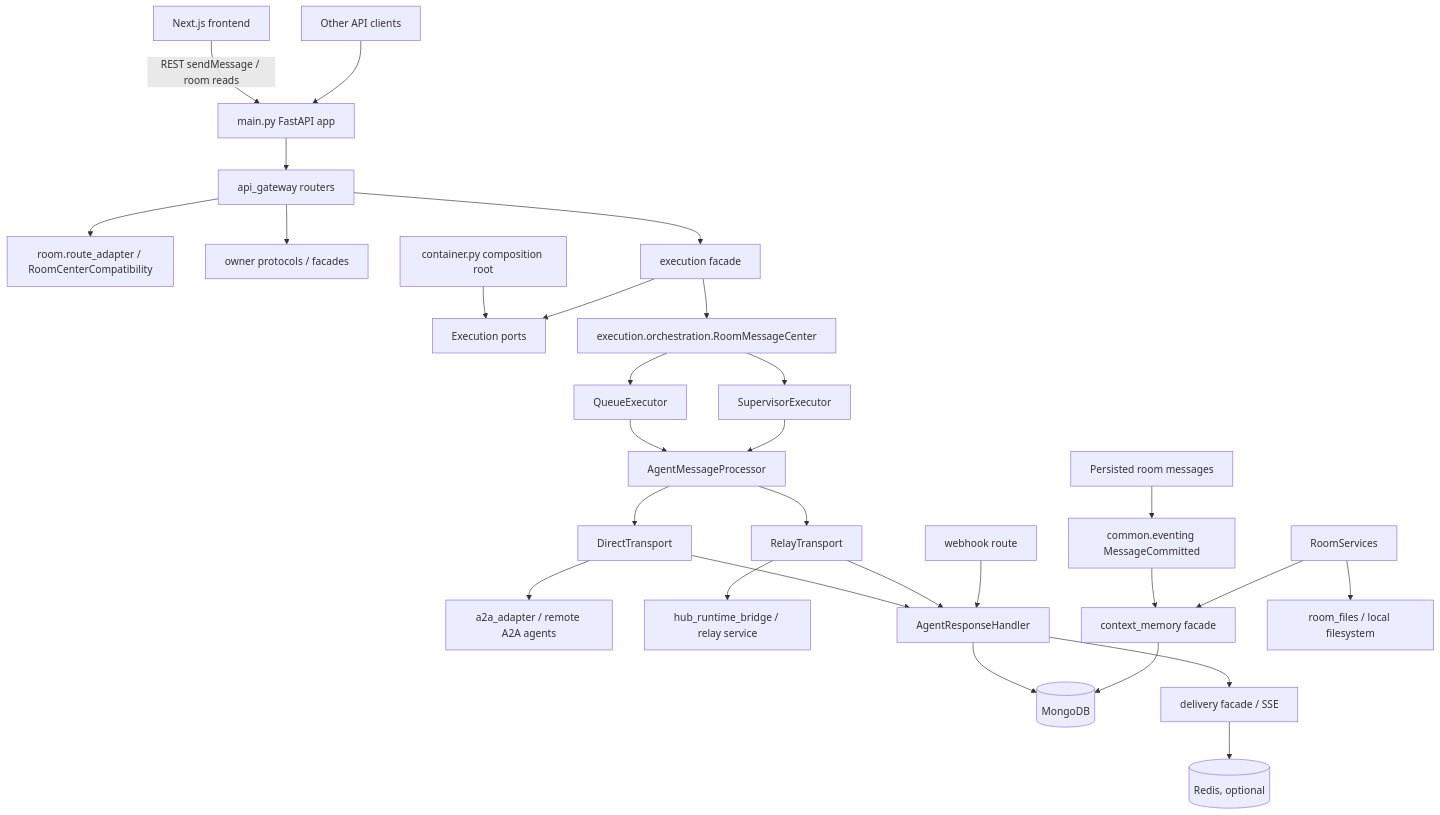
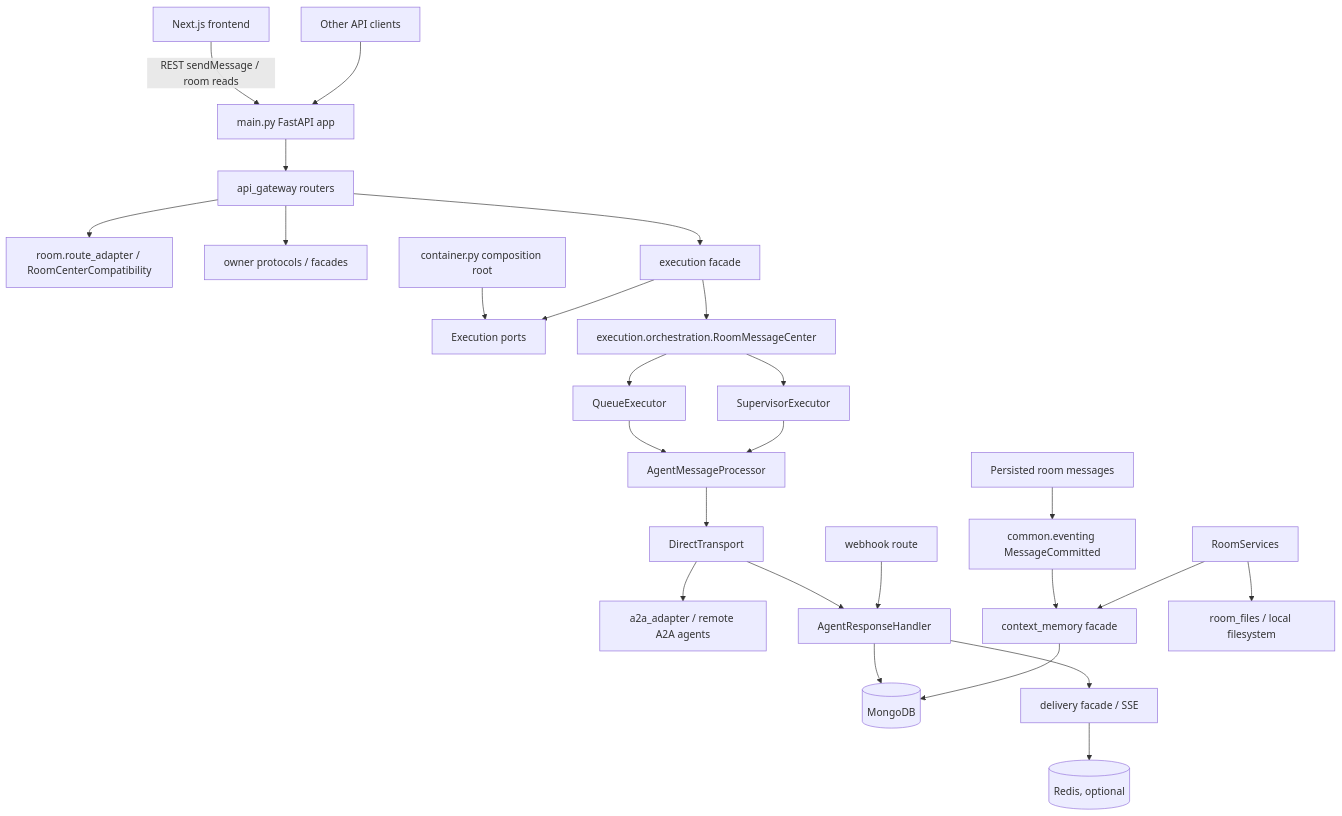
One commit to JeromeOvO/hybro changed the diagram in backend/docs/System-Architecture.md. Above: the diagram before and after it, drawn with Mermaid. The commit also changed other lines of this file and 101 other files, not shown here.

````diff
--- a/backend/docs/System-Architecture.md
+++ b/backend/docs/System-Architecture.md
@@ -142,35 +141,31 @@
 ```mermaid
 flowchart TD
     Frontend[Next.js frontend] -->|REST sendMessage / room reads| FastAPI[main.py FastAPI app]
     APIClient[Other API clients] --> FastAPI
     FastAPI --> APIGateway[api_gateway routers]
     APIGateway --> RoomRoutes[room.route_adapter / RoomCenterCompatibility]
     APIGateway --> OwnerPorts[owner protocols / facades]
     APIGateway --> Execution[execution facade]
 
     Container[container.py composition root] --> ExecutionPorts[Execution ports]
     Execution --> ExecutionPorts
     Execution --> RoomMessageCenter[execution.orchestration.RoomMessageCenter]
     RoomMessageCenter --> QueueExecutor[QueueExecutor]
     RoomMessageCenter --> SupervisorExecutor[SupervisorExecutor]
     QueueExecutor --> AgentMessageProcessor[AgentMessageProcessor]
     SupervisorExecutor --> AgentMessageProcessor
 
     AgentMessageProcessor --> DirectTransport[DirectTransport]
-    AgentMessageProcessor --> RelayTransport[RelayTransport]
     DirectTransport --> A2A[a2a_adapter / remote A2A agents]
-    RelayTransport --> HubRelay[hub_runtime_bridge / relay service]
-
     DirectTransport --> ResponseHandler[AgentResponseHandler]
-    RelayTransport --> ResponseHandler
     Webhook[webhook route] --> ResponseHandler
 
     ResponseHandler --> Mongo[(MongoDB)]
     ResponseHandler --> Delivery[delivery facade / SSE]
     RoomWrites[Persisted room messages] --> InternalEventing[common.eventing MessageCommitted]
     InternalEventing --> ContextMemory[context_memory facade]
     RoomServices --> ContextMemory
     RoomServices --> RoomFiles[room_files / local filesystem]
     ContextMemory --> Mongo
     Delivery --> Redis[(Redis, optional)]
 ```
````
